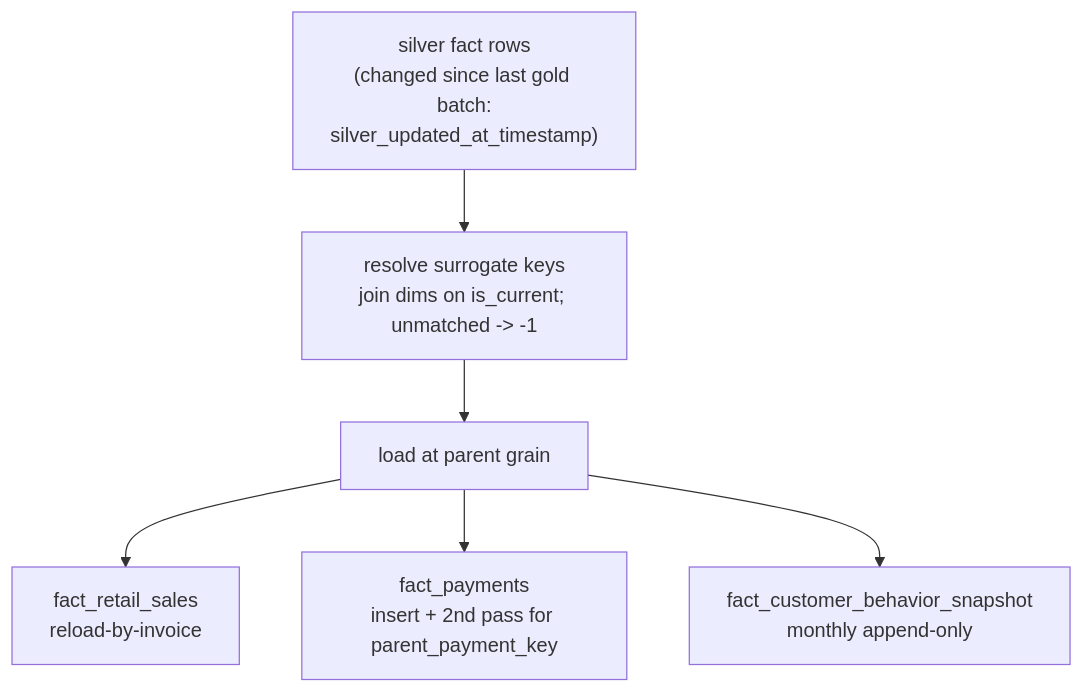
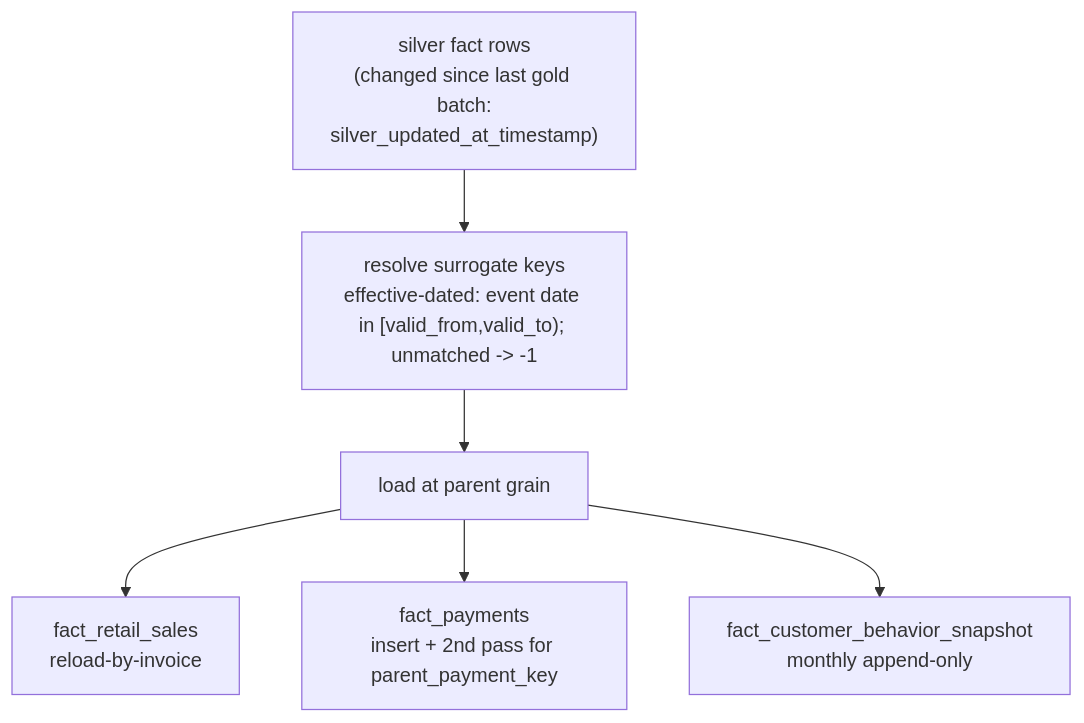
Before and after one commit to SnowOfCry/PrintTimeUSADW: the sixth of 6 diagrams in docs/dbt/transformation_flow_silver_gold.md, drawn with Mermaid. The commit also changed other lines of this file and 7 other files, not shown here.

First line of the commit message:
Update all gold specs to reflect SCD2 effective-dating (HIGH-3)

````diff
--- a/docs/dbt/transformation_flow_silver_gold.md
+++ b/docs/dbt/transformation_flow_silver_gold.md
@@ -125,8 +125,8 @@
 ```mermaid
 flowchart TD
-  s["silver fact rows<br/>(changed since last gold batch:<br/>silver_updated_at_timestamp)"] --> lk["resolve surrogate keys<br/>join dims on is_current; unmatched -> -1"]
+  s["silver fact rows<br/>(changed since last gold batch:<br/>silver_updated_at_timestamp)"] --> lk["resolve surrogate keys<br/>effective-dated: event date in [valid_from,valid_to); unmatched -> -1"]
   lk --> load["load at parent grain"]
   load --> f1["fact_retail_sales<br/>reload-by-invoice"]
   load --> f2["fact_payments<br/>insert + 2nd pass for parent_payment_key"]
   load --> f3["fact_customer_behavior_snapshot<br/>monthly append-only"]
 ```
````
